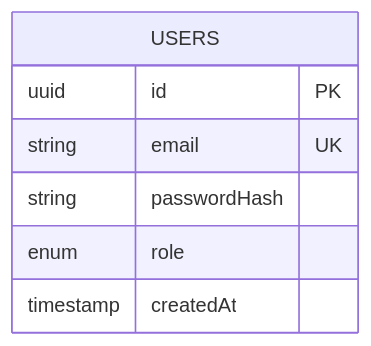
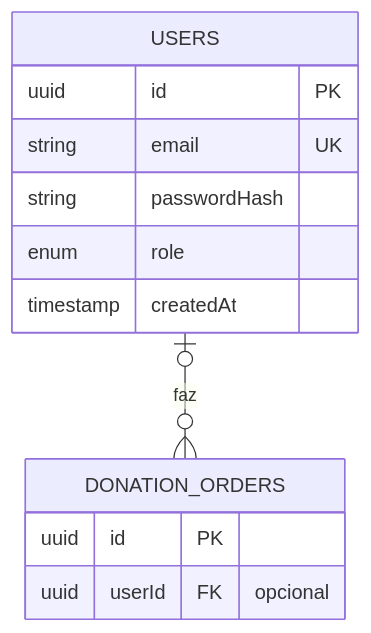
Before and after one commit to nicosikmoraes/motor-calculo-icms: the fifth of 5 diagrams in docs/architecture.md, drawn with Mermaid. The commit also changed other lines of this file and 5 other files, not shown here.

````diff
--- a/docs/architecture.md
+++ b/docs/architecture.md
@@ -458,10 +465,15 @@
 ```mermaid
 erDiagram
+    USERS |o--o{ DONATION_ORDERS : faz
     USERS {
         uuid id PK
         string email UK
         string passwordHash
         enum role
         timestamp createdAt
     }
+    DONATION_ORDERS {
+        uuid id PK
+        uuid userId FK "opcional"
+    }
 ```
````
